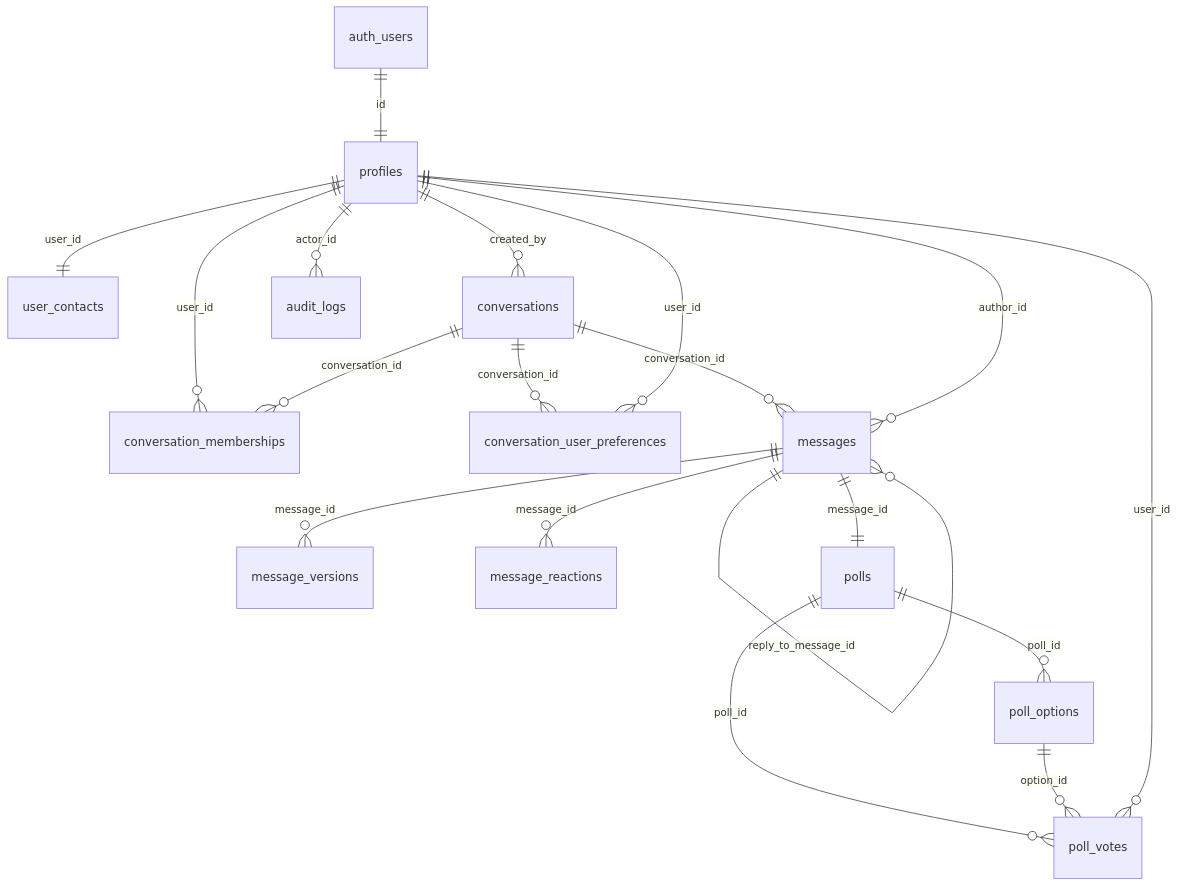
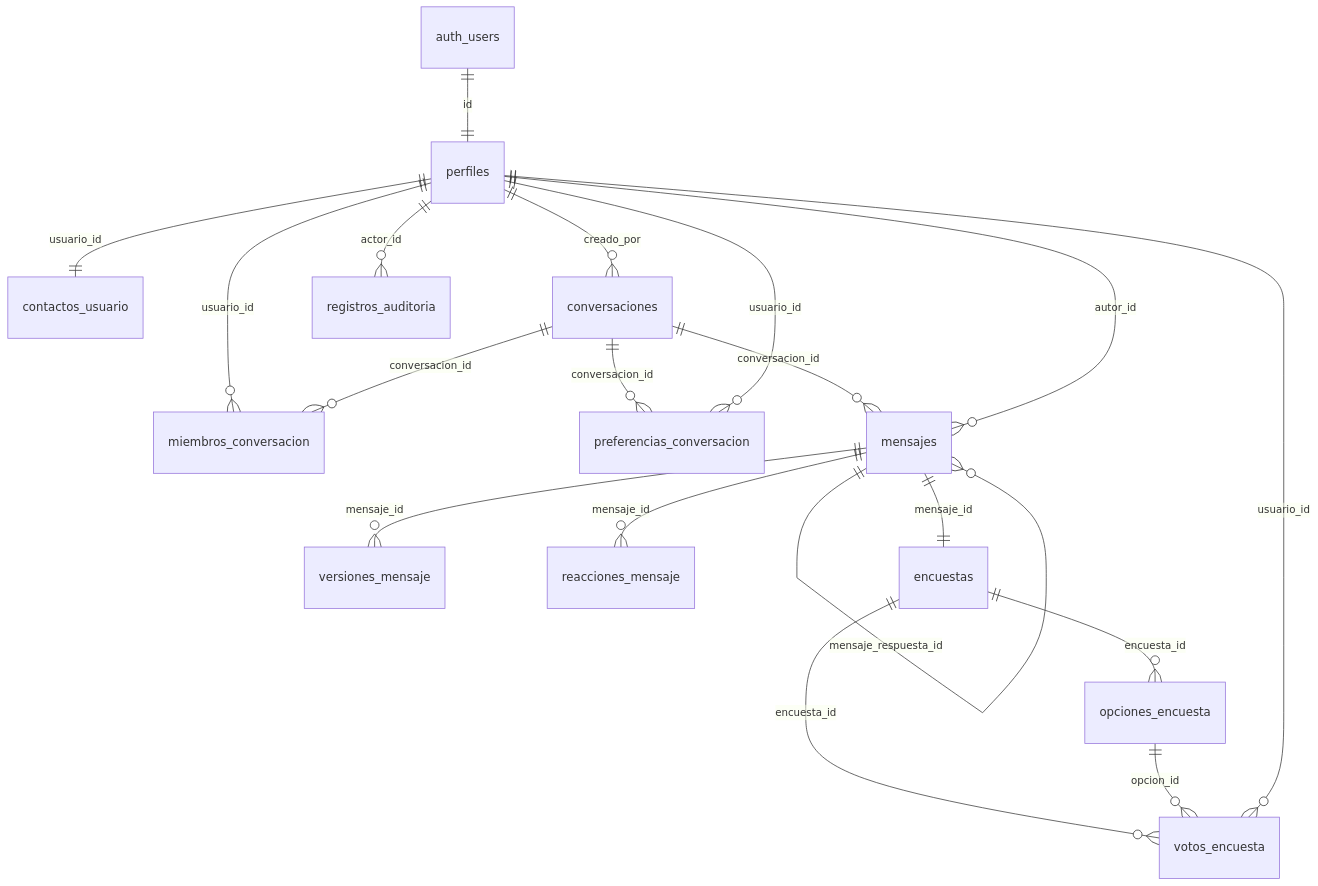
Before and after one commit to Johan409IA/chatly: the diagram in docs/database-schema.md, drawn with Mermaid. The commit also changed other lines of this file and 19 other files, not shown here.

````diff
--- a/docs/database-schema.md
+++ b/docs/database-schema.md
@@ -29,21 +32,21 @@
 ```mermaid
 erDiagram
-    auth_users ||--|| profiles : "id"
-    profiles ||--|| user_contacts : "user_id"
-    profiles ||--o{ conversations : "created_by"
-    profiles ||--o{ conversation_memberships : "user_id"
-    conversations ||--o{ conversation_memberships : "conversation_id"
-    conversations ||--o{ conversation_user_preferences : "conversation_id"
-    profiles ||--o{ conversation_user_preferences : "user_id"
-    conversations ||--o{ messages : "conversation_id"
-    profiles ||--o{ messages : "author_id"
-    messages ||--o{ messages : "reply_to_message_id"
-    messages ||--o{ message_versions : "message_id"
-    messages ||--o{ message_reactions : "message_id"
-    messages ||--|| polls : "message_id"
-    polls ||--o{ poll_options : "poll_id"
-    polls ||--o{ poll_votes : "poll_id"
-    poll_options ||--o{ poll_votes : "option_id"
-    profiles ||--o{ poll_votes : "user_id"
-    profiles ||--o{ audit_logs : "actor_id"
+    auth_users ||--|| perfiles : "id"
+    perfiles ||--|| contactos_usuario : "usuario_id"
+    perfiles ||--o{ conversaciones : "creado_por"
+    perfiles ||--o{ miembros_conversacion : "usuario_id"
+    conversaciones ||--o{ miembros_conversacion : "conversacion_id"
+    conversaciones ||--o{ preferencias_conversacion : "conversacion_id"
+    perfiles ||--o{ preferencias_conversacion : "usuario_id"
+    conversaciones ||--o{ mensajes : "conversacion_id"
+    perfiles ||--o{ mensajes : "autor_id"
+    mensajes ||--o{ mensajes : "mensaje_respuesta_id"
+    mensajes ||--o{ versiones_mensaje : "mensaje_id"
+    mensajes ||--o{ reacciones_mensaje : "mensaje_id"
+    mensajes ||--|| encuestas : "mensaje_id"
+    encuestas ||--o{ opciones_encuesta : "encuesta_id"
+    encuestas ||--o{ votos_encuesta : "encuesta_id"
+    opciones_encuesta ||--o{ votos_encuesta : "opcion_id"
+    perfiles ||--o{ votos_encuesta : "usuario_id"
+    perfiles ||--o{ registros_auditoria : "actor_id"
 ```
````
